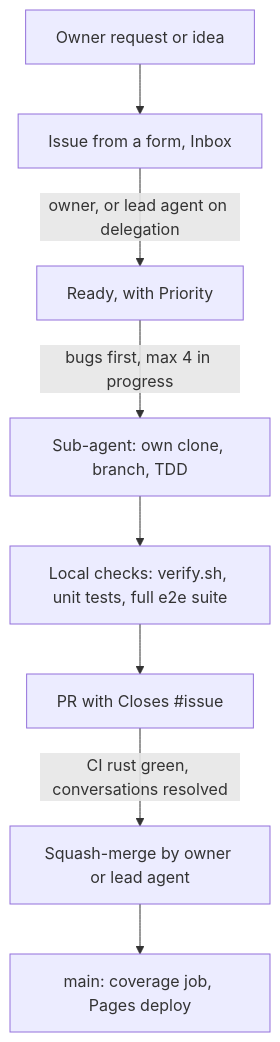
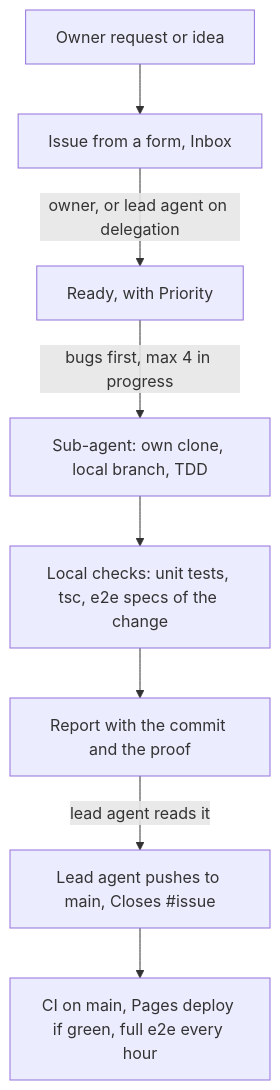
Before and after one commit to TidyMaze/ab-alone: the first of 2 diagrams in CONTRIBUTING.md, drawn with Mermaid. The commit also changed other lines of this file and 4 other files, not shown here.

````diff
--- a/CONTRIBUTING.md
+++ b/CONTRIBUTING.md
@@ -32,10 +32,10 @@
 ```mermaid
 flowchart TD
   A[Owner request or idea] --> B[Issue from a form, Inbox]
   B -->|owner, or lead agent on delegation| C[Ready, with Priority]
-  C -->|bugs first, max 4 in progress| D[Sub-agent: own clone, branch, TDD]
-  D --> E[Local checks: verify.sh, unit tests, full e2e suite]
-  E --> F[PR with Closes #issue]
-  F -->|CI rust green, conversations resolved| G[Squash-merge by owner or lead agent]
-  G --> H[main: coverage job, Pages deploy]
+  C -->|bugs first, max 4 in progress| D[Sub-agent: own clone, local branch, TDD]
+  D --> E[Local checks: unit tests, tsc, e2e specs of the change]
+  E --> F[Report with the commit and the proof]
+  F -->|lead agent reads it| G[Lead agent pushes to main, Closes #issue]
+  G --> H[CI on main, Pages deploy if green, full e2e every hour]
 ```
````
